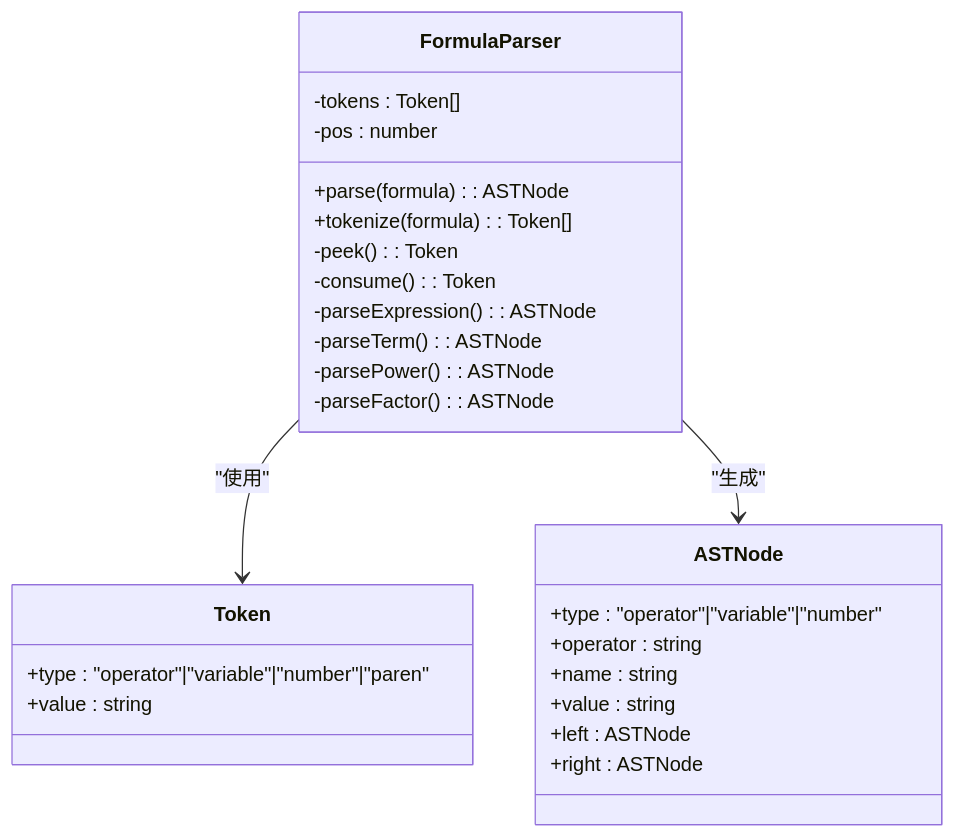
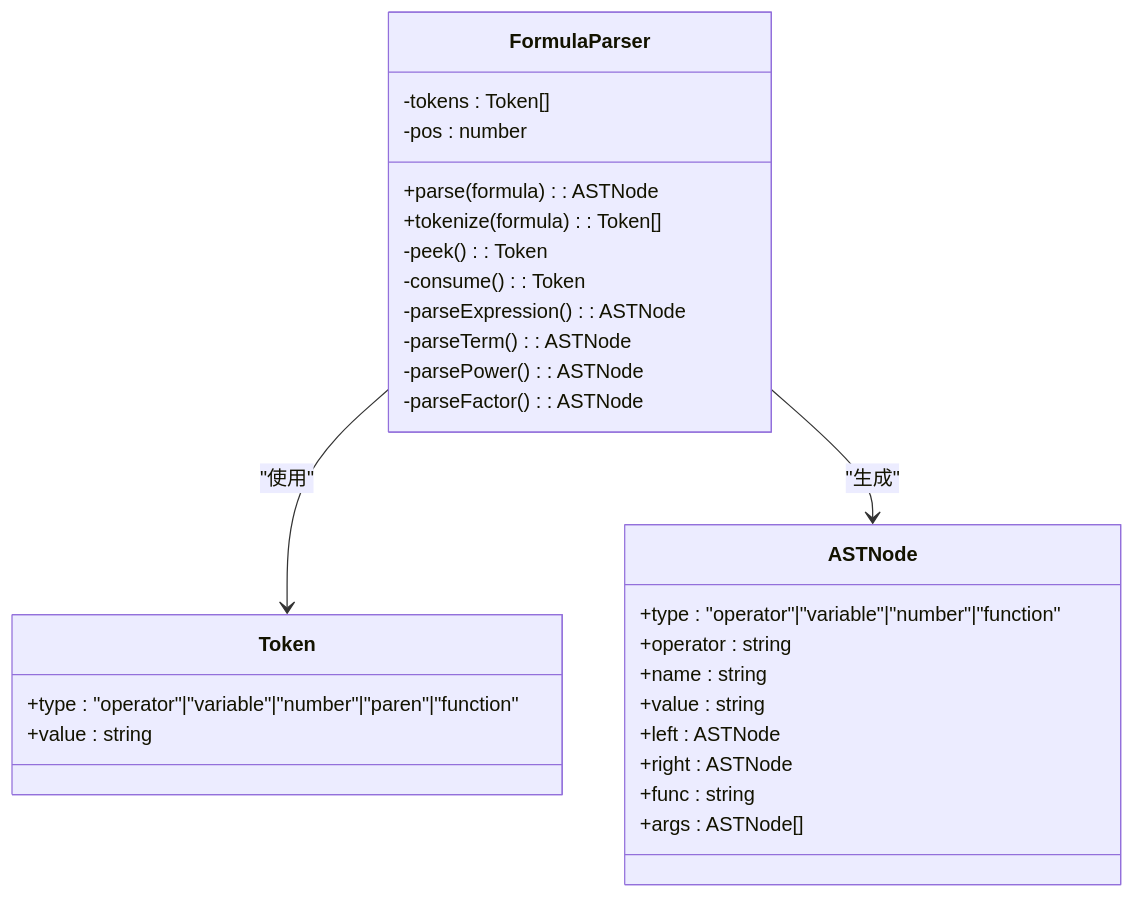
Before and after one commit to steveyu2/formula-mapper: the fourth of 7 diagrams in .qoder/repowiki/zh/content/用户指南/可视化展示/公式渲染.md, drawn with Mermaid. The commit also changed other lines of this file and 10 other files, not shown here.

````diff
--- a/.qoder/repowiki/zh/content/用户指南/可视化展示/公式渲染.md
+++ b/.qoder/repowiki/zh/content/用户指南/可视化展示/公式渲染.md
@@ -197,29 +187,31 @@
 ```mermaid
 classDiagram
 class FormulaParser {
 -tokens : Token[]
 -pos : number
 +parse(formula) : ASTNode
 +tokenize(formula) : Token[]
 -peek() : Token
 -consume() : Token
 -parseExpression() : ASTNode
 -parseTerm() : ASTNode
 -parsePower() : ASTNode
 -parseFactor() : ASTNode
 }
 class Token {
-+type : "operator"|"variable"|"number"|"paren"
++type : "operator"|"variable"|"number"|"paren"|"function"
 +value : string
 }
 class ASTNode {
-+type : "operator"|"variable"|"number"
++type : "operator"|"variable"|"number"|"function"
 +operator : string
 +name : string
 +value : string
 +left : ASTNode
 +right : ASTNode
++func : string
++args : ASTNode[]
 }
 FormulaParser --> Token : "使用"
 FormulaParser --> ASTNode : "生成"
 ```
````
